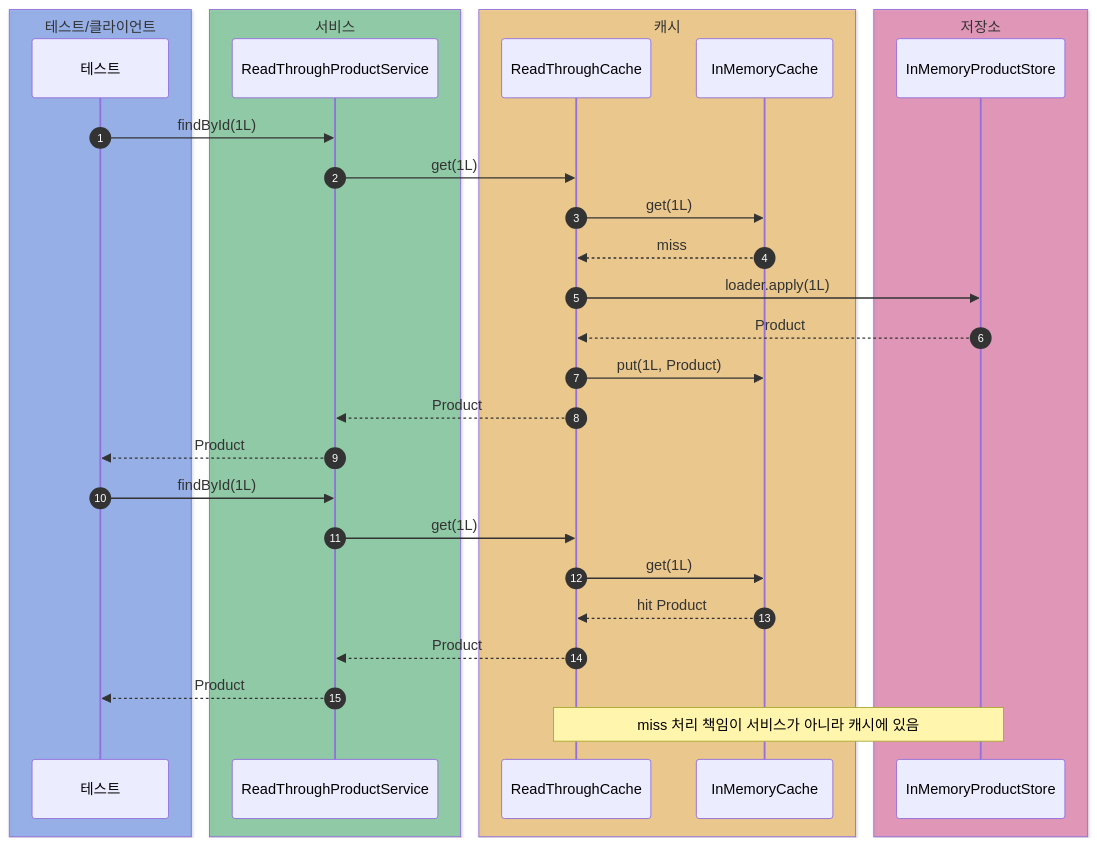
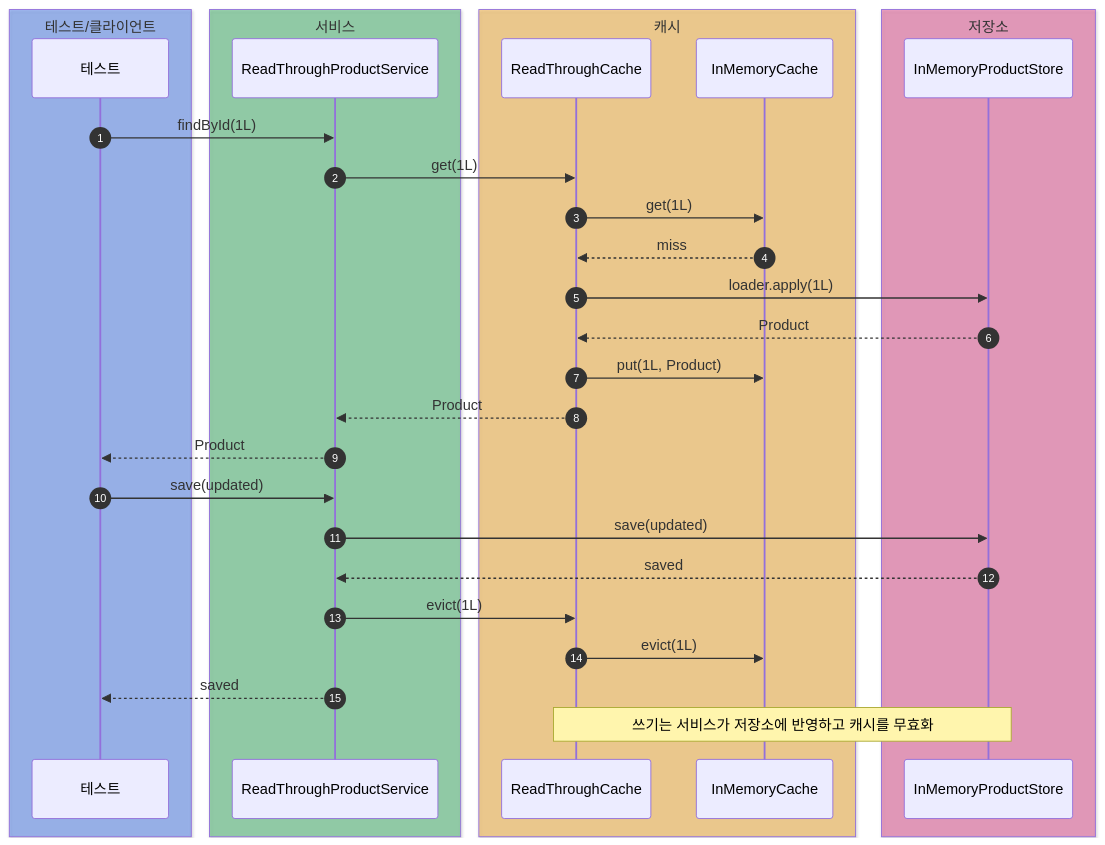
The third of 6 diagrams in labs/cache-patterns/README.md (HJC96/deep-dive), drawn with Mermaid before and after one commit. The commit also changed other lines of this file and 17 other files, not shown here.

Commit message:
feat: Cache Aside, Read Through, Write Through, Write Around,Write Behind 디렉토리 매핑, README 업데이트

````diff
--- a/labs/cache-patterns/README.md
+++ b/labs/cache-patterns/README.md
@@ -176,36 +234,36 @@
 ```mermaid
 sequenceDiagram
     autonumber
     box rgba(37, 99, 235, 0.40) 테스트/클라이언트
     participant Test as 테스트
     end
     box rgba(22, 163, 74, 0.40) 서비스
     participant Service as ReadThroughProductService
     end
     box rgba(245, 158, 11, 0.40) 캐시
-    participant ReadCache as ReadThroughCache
+    participant Products as ReadThroughCache
     participant Cache as InMemoryCache
     end
     box rgba(219, 39, 119, 0.40) 저장소
     participant Store as InMemoryProductStore
     end
 
     Test->>Service: findById(1L)
-    Service->>ReadCache: get(1L)
-    ReadCache->>Cache: get(1L)
-    Cache-->>ReadCache: miss
-    ReadCache->>Store: loader.apply(1L)
-    Store-->>ReadCache: Product
-    ReadCache->>Cache: put(1L, Product)
-    ReadCache-->>Service: Product
+    Service->>Products: get(1L)
+    Products->>Cache: get(1L)
+    Cache-->>Products: miss
+    Products->>Store: loader.apply(1L)
+    Store-->>Products: Product
+    Products->>Cache: put(1L, Product)
+    Products-->>Service: Product
     Service-->>Test: Product
 
-    Test->>Service: findById(1L)
-    Service->>ReadCache: get(1L)
-    ReadCache->>Cache: get(1L)
-    Cache-->>ReadCache: hit Product
-    ReadCache-->>Service: Product
-    Service-->>Test: Product
+    Test->>Service: save(updated)
+    Service->>Store: save(updated)
+    Store-->>Service: saved
+    Service->>Products: evict(1L)
+    Products->>Cache: evict(1L)
+    Service-->>Test: saved
 
-    Note over ReadCache,Store: miss 처리 책임이 서비스가 아니라 캐시에 있음
+    Note over Products,Store: 쓰기는 서비스가 저장소에 반영하고 캐시를 무효화
 ```
````
